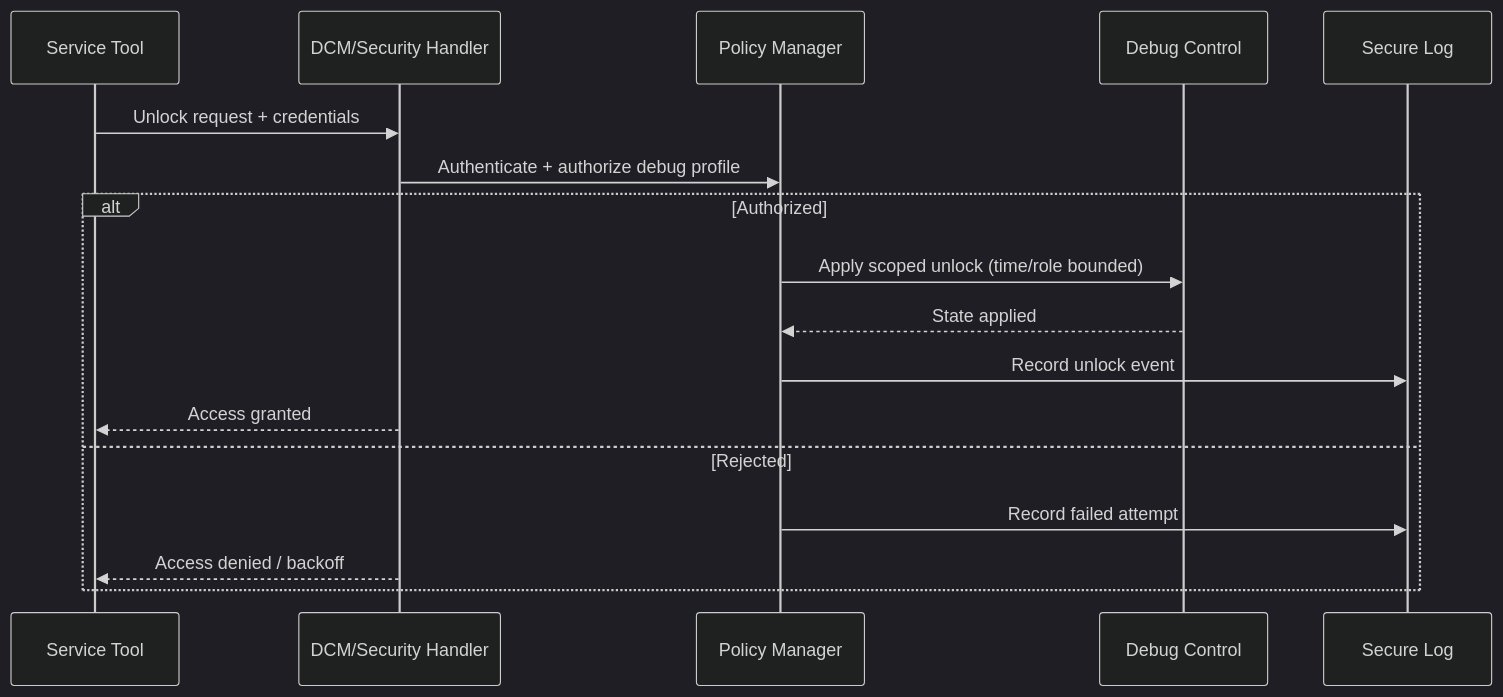
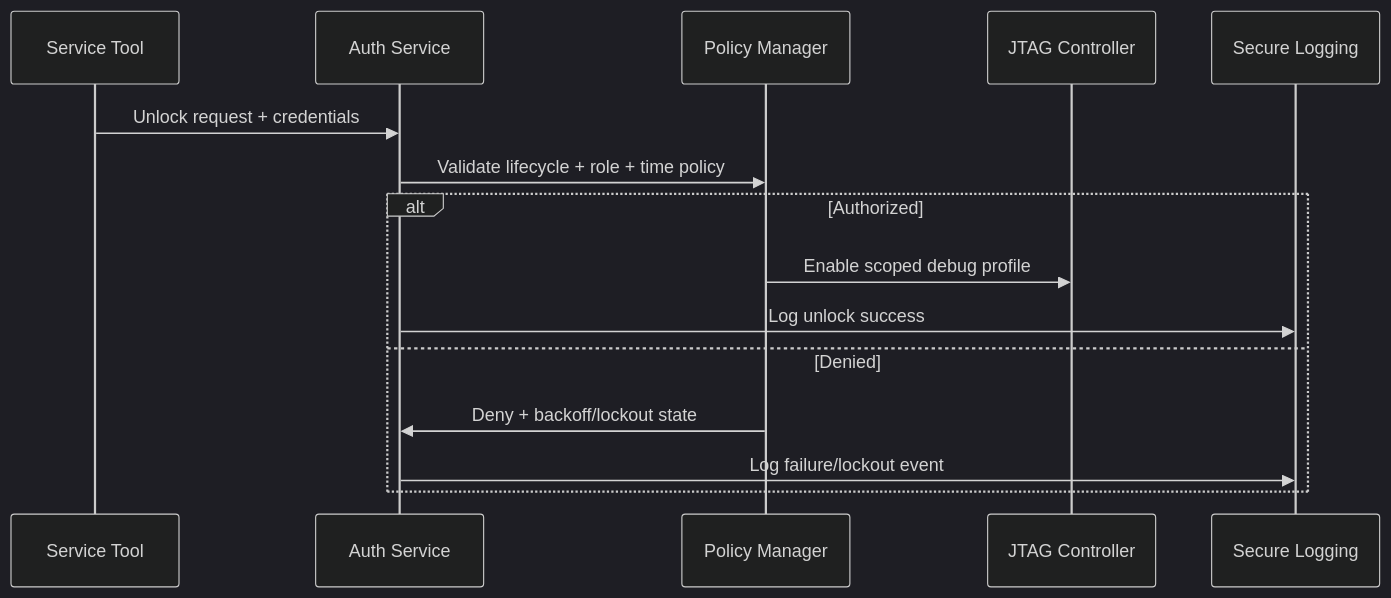
One commit to vinodneelakantam/Sec_Concepts_Req_tracability changed the third of 3 diagrams in TDA4VM_Secure_JTAG_Requirements.md. Above: the diagram before and after it, drawn with Mermaid (dark theme). The commit also changed other lines of this file and 7 other files, not shown here.

````diff
--- a/TDA4VM_Secure_JTAG_Requirements.md
+++ b/TDA4VM_Secure_JTAG_Requirements.md
@@ -85,20 +74,18 @@
 ```mermaid
 sequenceDiagram
-  participant Tool as Service Tool
-  participant DCM as DCM/Security Handler
-  participant POL as Policy Manager
-  participant DBG as Debug Control
-  participant LOG as Secure Log
+  participant T as Service Tool
+  participant A as Auth Service
+  participant P as Policy Manager
+  participant J as JTAG Controller
+  participant L as Secure Logging
 
-  Tool->>DCM: Unlock request + credentials
-  DCM->>POL: Authenticate + authorize debug profile
+  T->>A: Unlock request + credentials
+  A->>P: Validate lifecycle + role + time policy
   alt Authorized
-    POL->>DBG: Apply scoped unlock (time/role bounded)
-    DBG-->>POL: State applied
-    POL->>LOG: Record unlock event
-    DCM-->>Tool: Access granted
-  else Rejected
-    POL->>LOG: Record failed attempt
-    DCM-->>Tool: Access denied / backoff
+    P->>J: Enable scoped debug profile
+    A->>L: Log unlock success
+  else Denied
+    P->>A: Deny + backoff/lockout state
+    A->>L: Log failure/lockout event
   end
 ```
````
